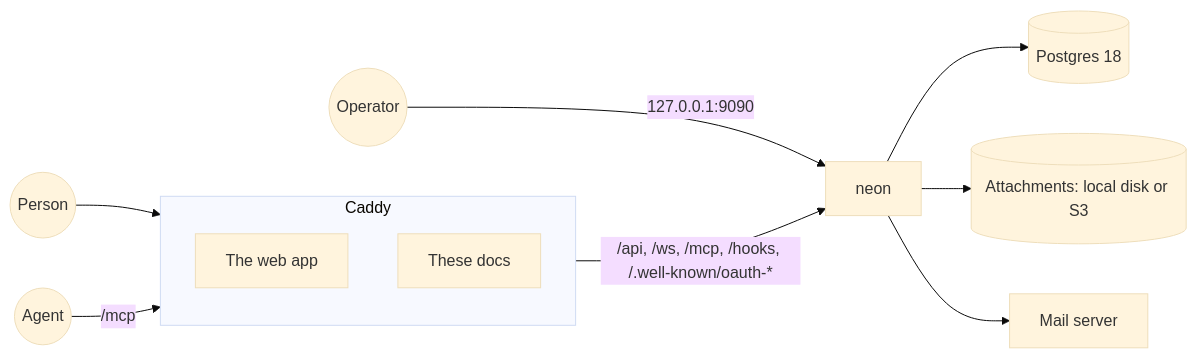
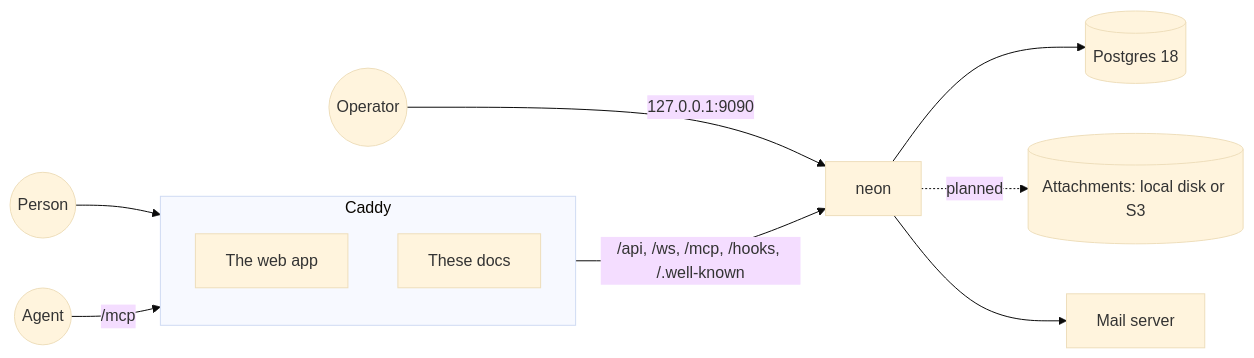
Before and after one commit to lein3000zzz/neon-teamspace: the first of 3 diagrams in docs/src/content/docs/architecture/overview.md, drawn with Mermaid (base theme). The commit also changed other lines of this file and 107 other files, not shown here.

First line of the commit message:
fix: close the gaps two audits of agents, OAuth, MCP and webhooks found (#33)

````diff
--- a/docs/src/content/docs/architecture/overview.md
+++ b/docs/src/content/docs/architecture/overview.md
@@ -13,14 +13,14 @@
 ```mermaid
 flowchart LR
   person((Person)) --> caddy
   agent((Agent)) -- "/mcp" --> caddy
   subgraph caddy [Caddy]
     app[The web app]
     docs[These docs]
   end
-  caddy -- "/api, /ws, /mcp, /hooks, /.well-known/oauth-*" --> server[neon]
+  caddy -- "/api, /ws, /mcp, /hooks, /.well-known" --> server[neon]
   server --> pg[(Postgres 18)]
-  server --> files[(Attachments: local disk or S3)]
+  server -. "planned" .-> files[(Attachments: local disk or S3)]
   server --> mail[Mail server]
   ops((Operator)) -- "127.0.0.1:9090" --> server
 ```
````
